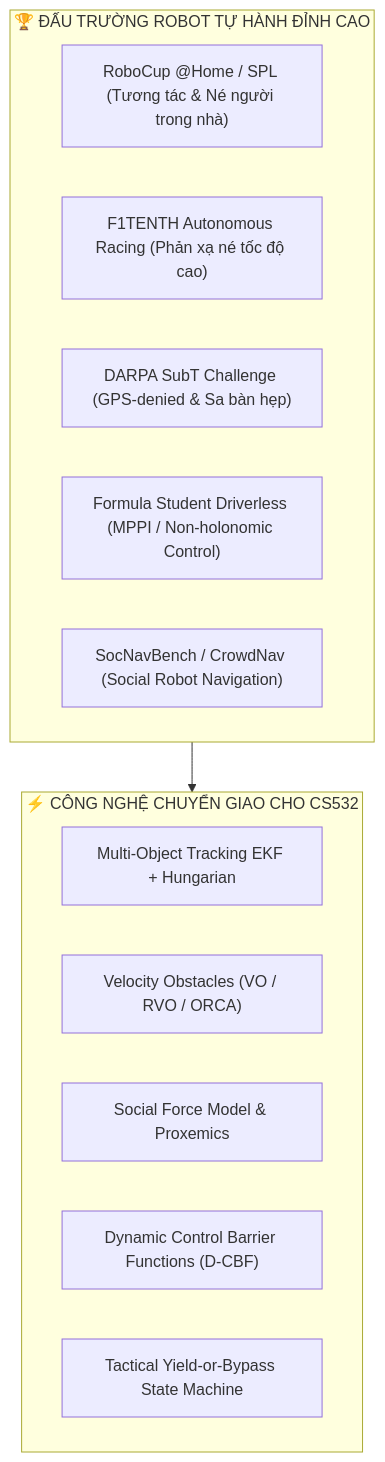
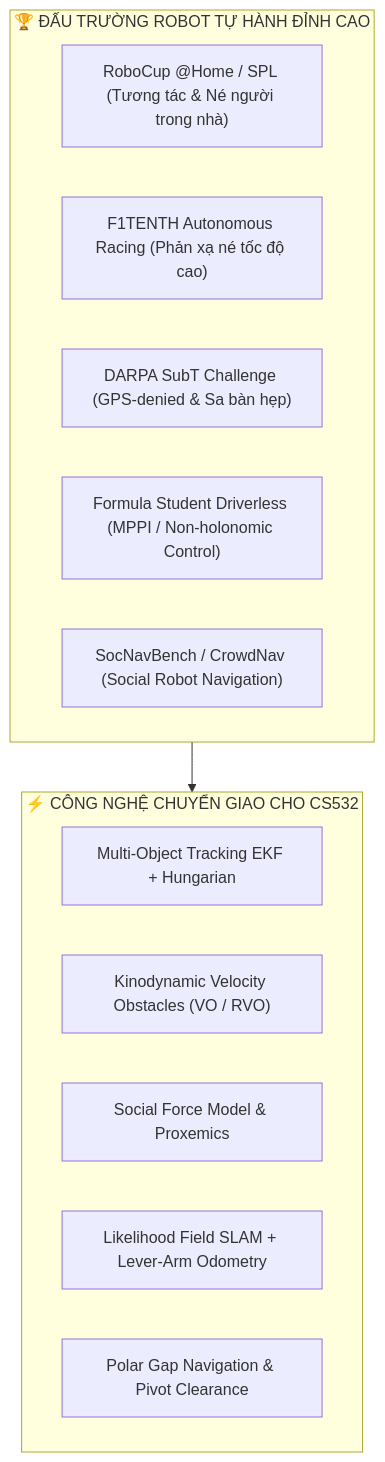
Before and after one commit to zxcvmh/CS532: the second of 3 diagrams in agents-doc/agents/algorithm-research-critic-agent.md, drawn with Mermaid. The commit also changed other lines of this file and 129 other files, not shown here.

First line of the commit message:
feat(slam,cartographer): integrate Cartographer 2D, real-time decoupled architecture & official LDROBOT D500 driver fixes

````diff
--- a/agents-doc/agents/algorithm-research-critic-agent.md
+++ b/agents-doc/agents/algorithm-research-critic-agent.md
@@ -33,20 +74,20 @@
 ```mermaid
 flowchart TD
     subgraph TopTier ["🏆 ĐẤU TRƯỜNG ROBOT TỰ HÀNH ĐỈNH CAO"]
         RC["RoboCup @Home / SPL (Tương tác & Né người trong nhà)"]
         F1T["F1TENTH Autonomous Racing (Phản xạ né tốc độ cao)"]
         DSP["DARPA SubT Challenge (GPS-denied & Sa bàn hẹp)"]
         FSD["Formula Student Driverless (MPPI / Non-holonomic Control)"]
         SNB["SocNavBench / CrowdNav (Social Robot Navigation)"]
     end
 
     subgraph CoreTech ["⚡ CÔNG NGHỆ CHUYỂN GIAO CHO CS532"]
         MOT["Multi-Object Tracking EKF + Hungarian"]
-        VO["Velocity Obstacles (VO / RVO / ORCA)"]
+        VO["Kinodynamic Velocity Obstacles (VO / RVO)"]
         SFM["Social Force Model & Proxemics"]
-        DCBF["Dynamic Control Barrier Functions (D-CBF)"]
-        YLD["Tactical Yield-or-Bypass State Machine"]
+        LKS["Likelihood Field SLAM + Lever-Arm Odometry"]
+        PGN["Polar Gap Navigation & Pivot Clearance"]
     end
 
     TopTier --> CoreTech
 ```
````
